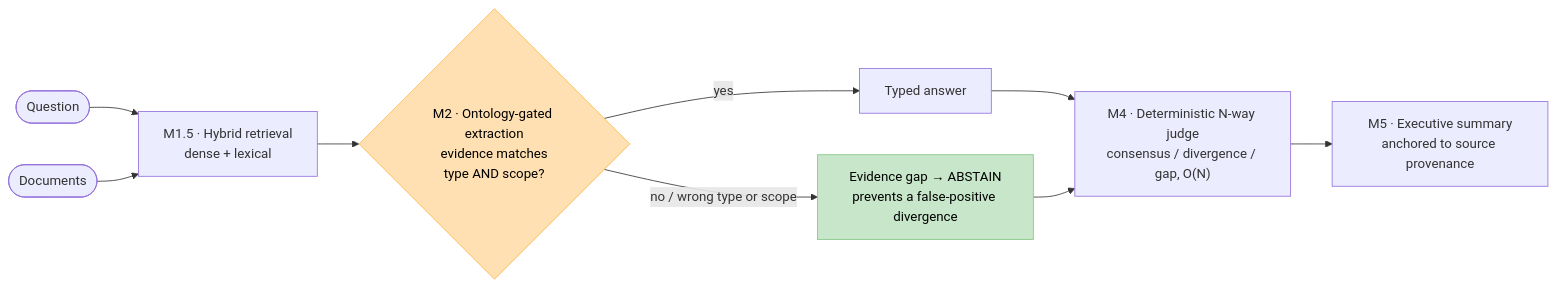
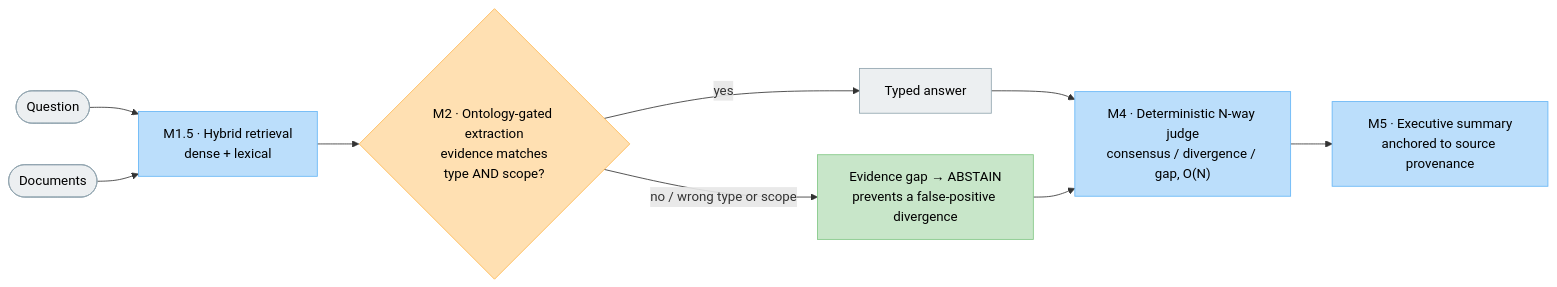
The third of 3 diagrams in README.md (marcospaula/FLARE26-P1), drawn with Mermaid before and after one commit.

Commit message:
docs(readme): pipeline com a mesma paleta dos outros grafos (dark-mode + consistência)
Nós do pipeline ganham cores explícitas (theme-independent): cinza=entradas,
azul=módulos M1.5/M4/M5, laranja=gate M2, verde=abstenção. Acaba o visual escuro
do tema padrão no dark e unifica a narrativa de cores entre os 3 mermaids.

````diff
--- a/README.md
+++ b/README.md
@@ -142,16 +142,20 @@
 ```mermaid
 flowchart LR
     Q([Question]) --> M15
     DOCS([Documents]) --> M15["M1.5 · Hybrid retrieval<br/>dense + lexical"]
     M15 --> M2{"M2 · Ontology-gated extraction<br/>evidence matches<br/>type AND scope?"}
     M2 -- yes --> ANS["Typed answer"]
     M2 -- "no / wrong type or scope" --> GAP["Evidence gap → ABSTAIN<br/>prevents a false-positive divergence"]
     ANS --> M4["M4 · Deterministic N-way judge<br/>consensus / divergence / gap, O(N)"]
     GAP --> M4
     M4 --> M5["M5 · Executive summary<br/>anchored to source provenance"]
 
+    classDef io fill:#eceff1,stroke:#90a4ae,color:#000;
+    classDef mod fill:#bbdefb,stroke:#64b5f6,color:#000;
     classDef gate fill:#ffe0b2,stroke:#ffb74d,color:#000;
     classDef abstain fill:#c8e6c9,stroke:#81c784,color:#000;
+    class Q,DOCS,ANS io;
+    class M15,M4,M5 mod;
     class M2 gate;
     class GAP abstain;
 ```
````
